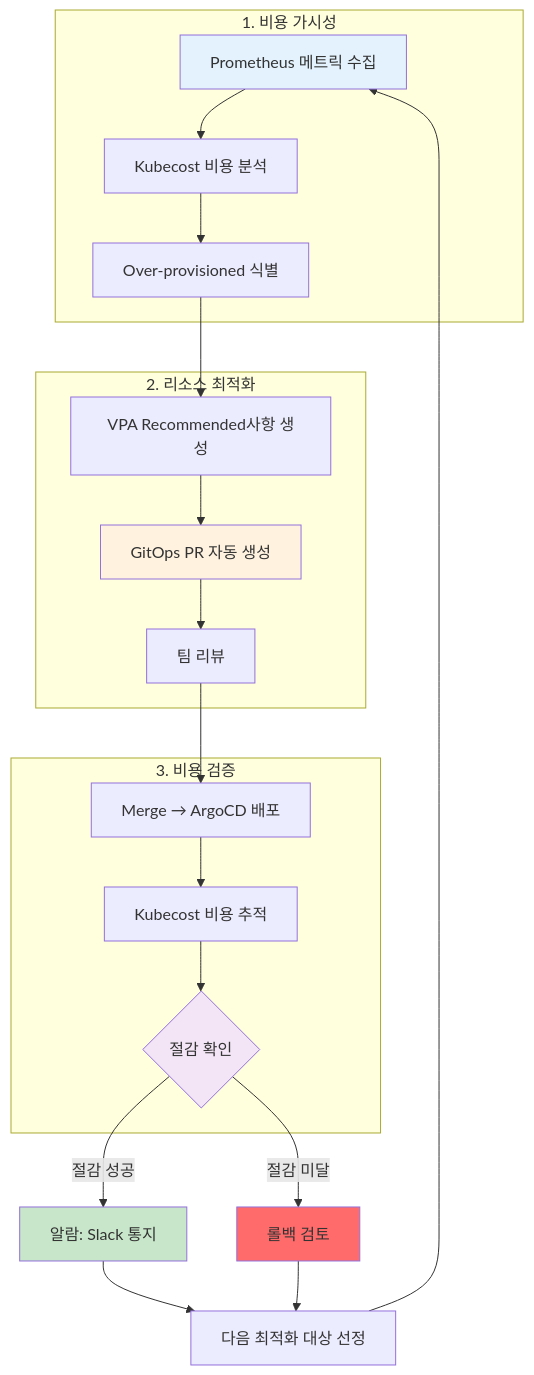
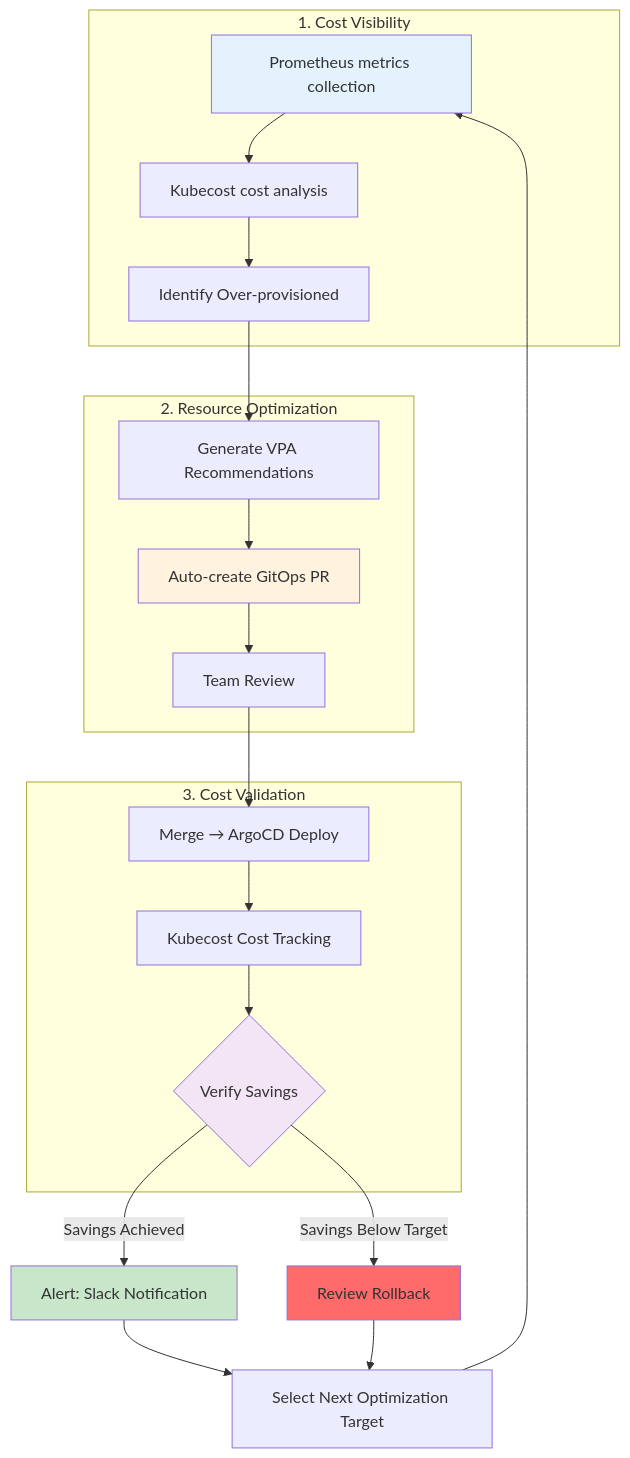
Before and after one commit to devfloor9/engineering-playbook: diagram 16 of 16 in i18n/en/docusaurus-plugin-content-docs/current/eks-best-practices/resource-cost/eks-resource-optimization.md, drawn with Mermaid. The commit also changed other lines of this file, not shown here.

Commit message:
docs(i18n/en): complete eks-resource-optimization.md translation (1356 Korean lines)

````diff
--- a/i18n/en/docusaurus-plugin-content-docs/current/eks-best-practices/resource-cost/eks-resource-optimization.md
+++ b/i18n/en/docusaurus-plugin-content-docs/current/eks-best-practices/resource-cost/eks-resource-optimization.md
@@ -5067,31 +5067,31 @@
 ```mermaid
 graph TB
-    subgraph "1. 비용 가시성"
-        A[Prometheus 메트릭 수집] --> B[Kubecost 비용 분석]
-        B --> C[Over-provisioned 식별]
+    subgraph "1. Cost Visibility"
+        A[Prometheus metrics collection] --> B[Kubecost cost analysis]
+        B --> C[Identify Over-provisioned]
     end
 
-    subgraph "2. 리소스 최적화"
-        C --> D[VPA Recommended사항 생성]
-        D --> E[GitOps PR 자동 생성]
-        E --> F[팀 리뷰]
+    subgraph "2. Resource Optimization"
+        C --> D[Generate VPA Recommendations]
+        D --> E[Auto-create GitOps PR]
+        E --> F[Team Review]
     end
 
-    subgraph "3. 비용 검증"
-        F --> G[Merge → ArgoCD 배포]
-        G --> H[Kubecost 비용 추적]
-        H --> I{절감 확인}
+    subgraph "3. Cost Validation"
+        F --> G[Merge → ArgoCD Deploy]
+        G --> H[Kubecost Cost Tracking]
+        H --> I{Verify Savings}
     end
 
-    I -->|절감 성공| J[알람: Slack 통지]
-    I -->|절감 미달| K[롤백 검토]
-    J --> L[다음 최적화 대상 선정]
+    I -->|Savings Achieved| J[Alert: Slack Notification]
+    I -->|Savings Below Target| K[Review Rollback]
+    J --> L[Select Next Optimization Target]
     K --> L
     L --> A
 
     style A fill:#e3f2fd
     style E fill:#fff3e0
     style I fill:#f3e5f5
     style J fill:#c8e6c9
     style K fill:#ff6b6b
 ```
````
